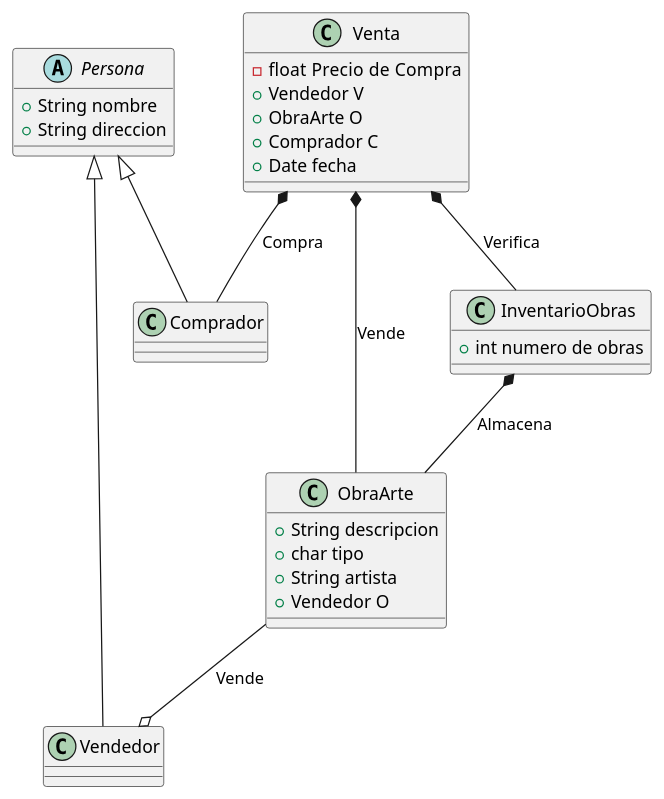
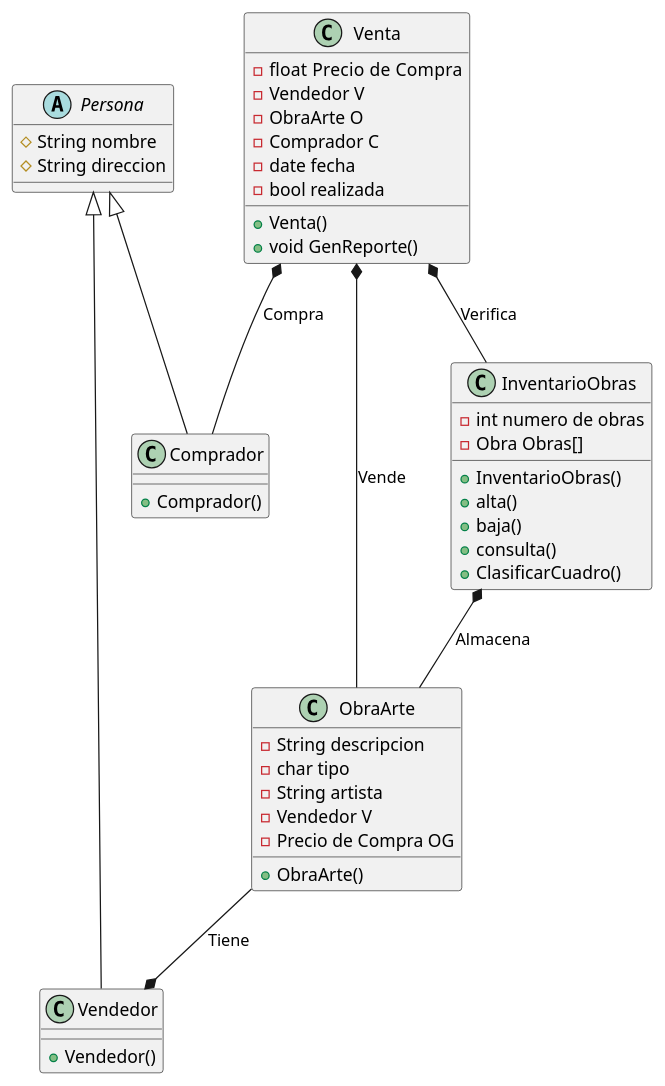
The diagram in Actividades/osbert/a01019608.puml (axgtz/AyM-de-Sistemas-de-Software), drawn with PlantUML before and after one commit. The commit also changed 1 other file, not shown here.

```diff
--- a/Actividades/osbert/a01019608.puml
+++ b/Actividades/osbert/a01019608.puml
@@ -1,47 +1,58 @@
 @startuml
   class ObraArte{
-    + String descripcion
-    + char tipo
-    + String artista
-    + Vendedor O
+    - String descripcion
+    - char tipo
+    - String artista
+    - Vendedor V
+    -Precio de Compra OG
+    +ObraArte()
   }
   abstract class Persona{
-  + String nombre
-  + String direccion
+  # String nombre
+  # String direccion
   }
 
   class Vendedor{
-
+    +Vendedor()
   }
 
   class Venta{
     -float Precio de  Compra
-    +Vendedor V
-    +ObraArte O
-    +Comprador C
-    +Date fecha
+    -Vendedor V
+    -ObraArte O
+    -Comprador C
+    -date fecha
+    -bool realizada
+    +Venta()
+    +void GenReporte()
   }
 
   class InventarioObras{
-    + int numero de obras
+    -int numero de obras
+    -Obra Obras[]
+    +InventarioObras()
+    +alta()
+    +baja()
+    +consulta()
+    +ClasificarCuadro()
   }
 
   class Comprador{
-
+    +Comprador()
   }
 
   InventarioObras *-- ObraArte : Almacena
 
-  ObraArte --o Vendedor : Vende
+  ObraArte --* Vendedor : Tiene
 
   Venta *-- ObraArte : Vende
 
   Venta *-- Comprador : Compra
 
   Venta *-- InventarioObras : Verifica
 
   Persona <|--Comprador
 
   Persona <|--Vendedor
 
 @enduml
```
